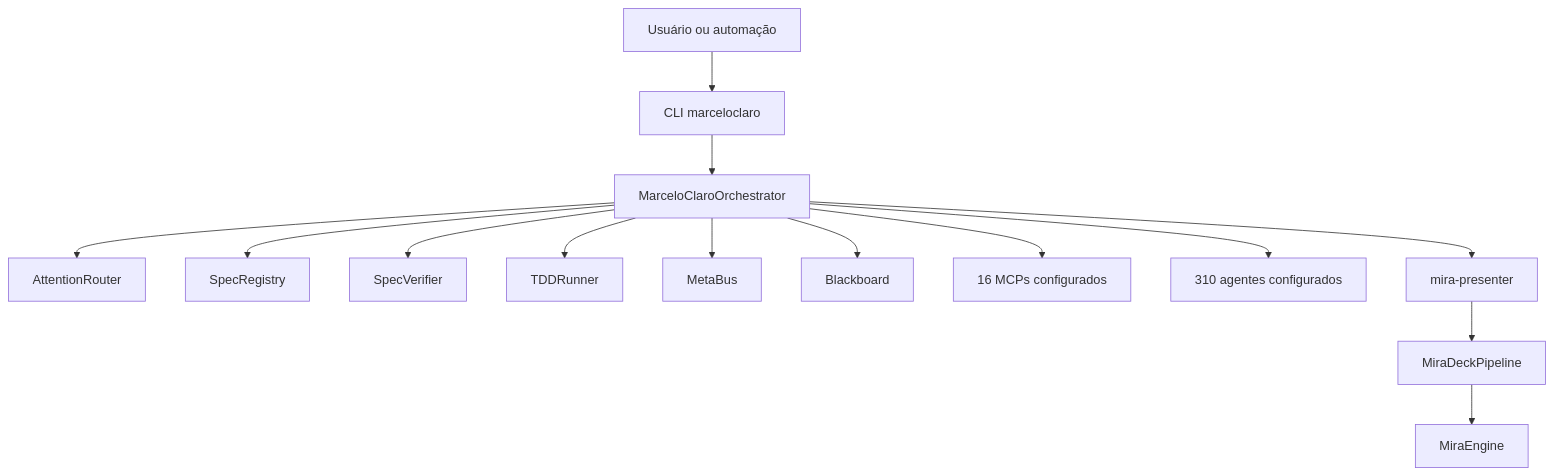
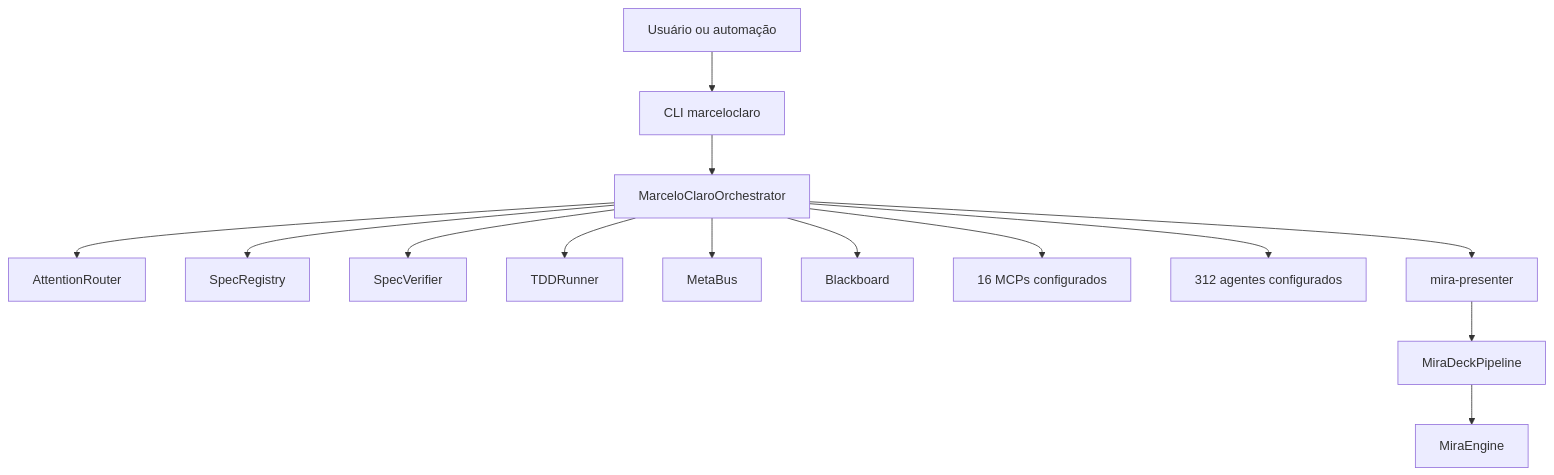
The third of 20 diagrams in README.md (MarceloClaro/opencode-ecosystem-core), drawn with Mermaid before and after one commit. The commit also changed other lines of this file and 59 other files, not shown here.

````diff
--- a/README.md
+++ b/README.md
@@ -486,16 +486,16 @@
 ```mermaid
 flowchart TB
     Usuario2[Usuário ou automação] --> CLI2[CLI marceloclaro]
     CLI2 --> Orq2[MarceloClaroOrchestrator]
     Orq2 --> Router[AttentionRouter]
     Orq2 --> SpecRegistry2[SpecRegistry]
     Orq2 --> SpecVerifier2[SpecVerifier]
     Orq2 --> TDDRunner2[TDDRunner]
     Orq2 --> MetaBus2[MetaBus]
     Orq2 --> Blackboard2[Blackboard]
     Orq2 --> MCP2[16 MCPs configurados]
-    Orq2 --> Agents2[310 agentes configurados]
+    Orq2 --> Agents2[312 agentes configurados]
     Orq2 --> Mira2[mira-presenter]
     Mira2 --> Deck2[MiraDeckPipeline]
     Deck2 --> Engine2[MiraEngine]
 ```
````
